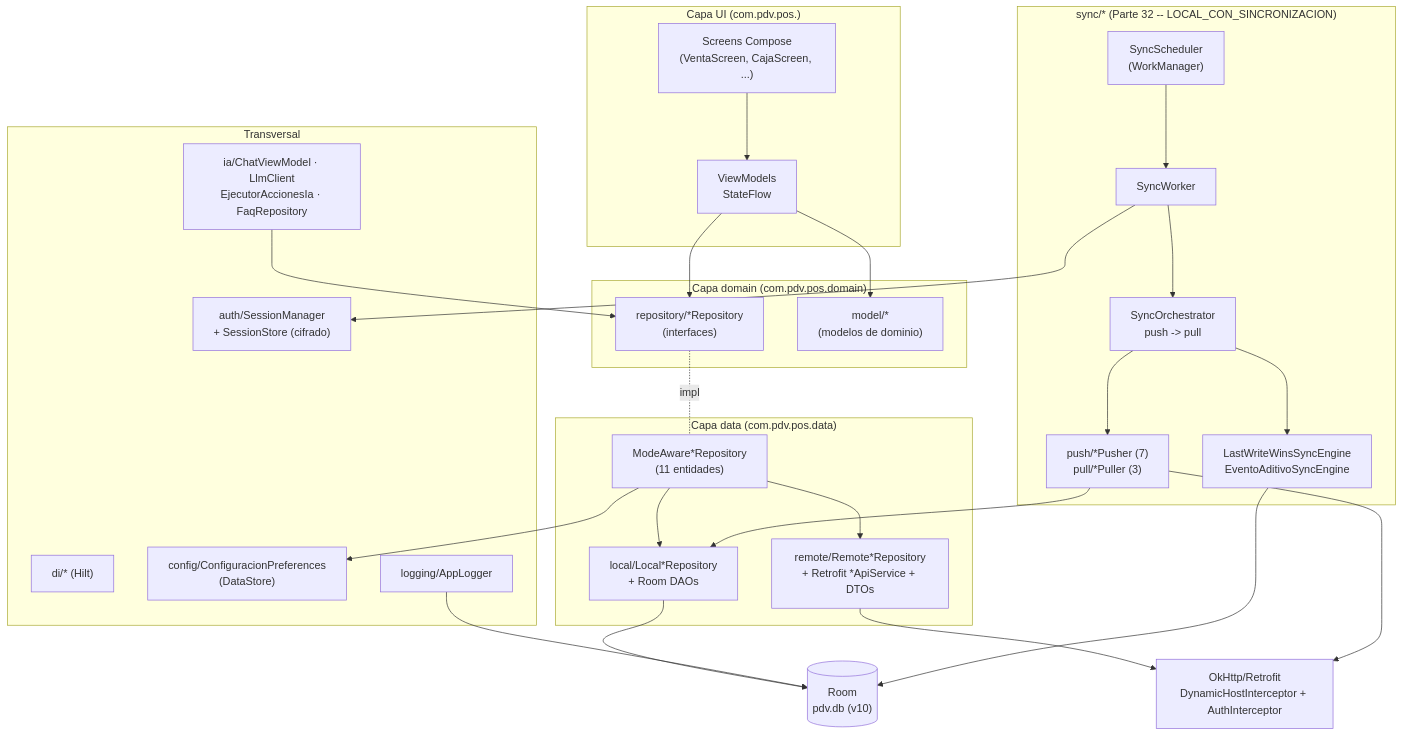
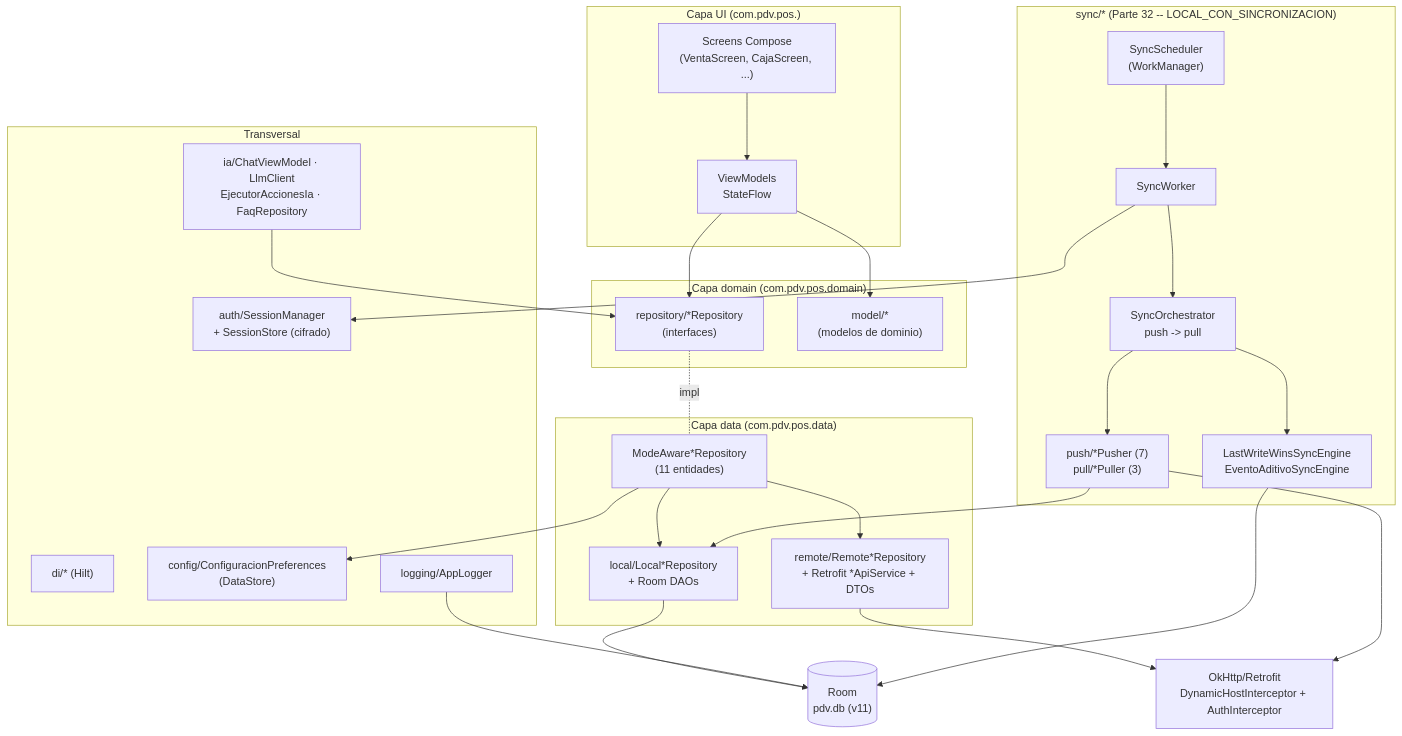
Before and after one commit to GermanALS/PDV: the third of 12 diagrams in docs/manual-tecnico.md, drawn with Mermaid. The commit also changed other lines of this file and 3 other files, not shown here.

````diff
--- a/docs/manual-tecnico.md
+++ b/docs/manual-tecnico.md
@@ -162,54 +162,54 @@
 ```mermaid
 flowchart TD
     subgraph UI["Capa UI (com.pdv.pos.<modulo>)"]
         S["Screens Compose\n(VentaScreen, CajaScreen, ...)"]
         VM["ViewModels\nStateFlow<UiState>"]
     end
 
     subgraph DOMAIN["Capa domain (com.pdv.pos.domain)"]
         RIF["repository/*Repository\n(interfaces)"]
         MOD["model/*\n(modelos de dominio)"]
     end
 
     subgraph DATA["Capa data (com.pdv.pos.data)"]
         MA["ModeAware*Repository\n(11 entidades)"]
         LOC["local/Local*Repository\n+ Room DAOs"]
         REM["remote/Remote*Repository\n+ Retrofit *ApiService + DTOs"]
     end
 
     subgraph SYNCG["sync/* (Parte 32 -- LOCAL_CON_SINCRONIZACION)"]
         SCHED["SyncScheduler\n(WorkManager)"]
         WORKER["SyncWorker"]
         ORCH["SyncOrchestrator\npush -> pull"]
         PP["push/*Pusher (7)\npull/*Puller (3)"]
         ENGINE["LastWriteWinsSyncEngine\nEventoAditivoSyncEngine"]
     end
 
     subgraph CROSS["Transversal"]
         DI["di/* (Hilt)"]
         SESS["auth/SessionManager\n+ SessionStore (cifrado)"]
         PREF["config/ConfiguracionPreferences\n(DataStore)"]
         LOG["logging/AppLogger"]
         IA["ia/ChatViewModel · LlmClient\nEjecutorAccionesIa · FaqRepository"]
     end
 
-    ROOM[("Room\npdv.db (v10)")]
+    ROOM[("Room\npdv.db (v11)")]
     HTTP["OkHttp/Retrofit\nDynamicHostInterceptor + AuthInterceptor"]
 
     S --> VM --> RIF
     RIF -.impl.- MA
     MA --> LOC
     MA --> REM
     MA --> PREF
     LOC --> ROOM
     REM --> HTTP
     VM --> MOD
     IA --> RIF
     LOG --> ROOM
 
     SCHED --> WORKER --> ORCH --> PP
     PP --> LOC
     PP --> HTTP
     ORCH --> ENGINE --> ROOM
     WORKER --> SESS
 ```
````
